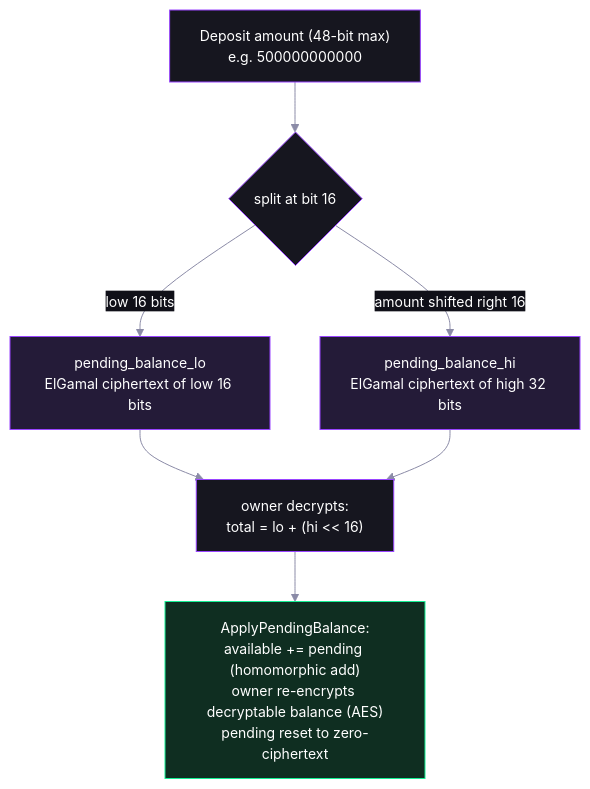
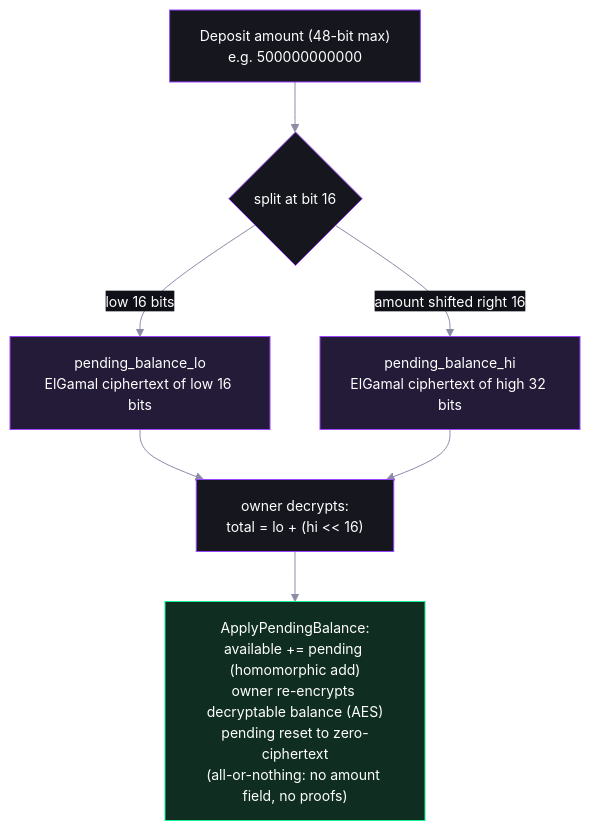
The diagram in workshop/02-deposit-and-apply.md (catmcgee/confidential-transfers-explorer), drawn with Mermaid before and after one commit. The commit also changed other lines of this file and 4 other files, not shown here.

First line of the commit message:
Strip step guides to visuals only: diagrams, images, helpers

````diff
--- a/workshop/02-deposit-and-apply.md
+++ b/workshop/02-deposit-and-apply.md
@@ -26,14 +11,14 @@
 ```mermaid
 %%{init: {'theme':'base','themeVariables':{'background':'transparent','primaryColor':'#16161f','primaryTextColor':'#ffffff','primaryBorderColor':'#9945FF','secondaryColor':'#0f2e21','secondaryTextColor':'#ffffff','secondaryBorderColor':'#14F195','tertiaryColor':'#241b38','tertiaryTextColor':'#ffffff','lineColor':'#8b8ba7','textColor':'#e6e6f0','fontSize':'14px','clusterBkg':'#101018','clusterBorder':'#3a3a4d','edgeLabelBackground':'#101018','actorBkg':'#16161f','actorTextColor':'#ffffff','actorBorder':'#9945FF','signalColor':'#e6e6f0','signalTextColor':'#e6e6f0','noteBkgColor':'#241b38','noteTextColor':'#e6e6f0','noteBorderColor':'#9945FF','labelBoxBkgColor':'#16161f','labelTextColor':'#ffffff','loopTextColor':'#e6e6f0'}}}%%
 flowchart TD
     A["Deposit amount (48-bit max)<br/>e.g. 500000000000"] --> SPLIT{"split at bit 16"}
     SPLIT -->|"low 16 bits"| LO["pending_balance_lo<br/>ElGamal ciphertext of low 16 bits"]
     SPLIT -->|"amount shifted right 16"| HI["pending_balance_hi<br/>ElGamal ciphertext of high 32 bits"]
     LO --> DEC["owner decrypts:<br/>total = lo + (hi << 16)"]
     HI --> DEC
-    DEC --> APPLY["ApplyPendingBalance:<br/>available += pending (homomorphic add)<br/>owner re-encrypts decryptable balance (AES)<br/>pending reset to zero-ciphertext"]
+    DEC --> APPLY["ApplyPendingBalance:<br/>available += pending (homomorphic add)<br/>owner re-encrypts decryptable balance (AES)<br/>pending reset to zero-ciphertext<br/>(all-or-nothing: no amount field, no proofs)"]
     classDef accent fill:#241b38,stroke:#9945FF,color:#ffffff
     classDef ok fill:#0f2e21,stroke:#14F195,color:#ffffff
     class LO,HI accent
     class APPLY ok
 ```
````
